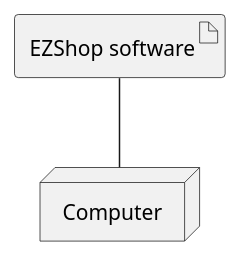
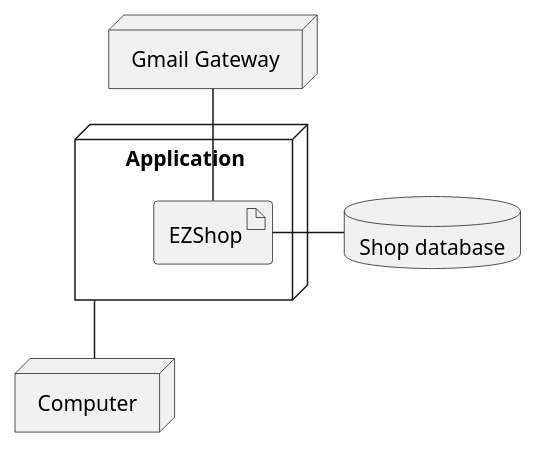
Before and after one commit to giuseppesalvi/ezshop: the eighth of 8 diagrams in Deliverables/RequirementsDocument.md, drawn with PlantUML. The commit also changed other lines of this file, not shown here.

Commit message:
Update RequirementsDocument.md with Deployment Diagram

````diff
--- a/Deliverables/RequirementsDocument.md
+++ b/Deliverables/RequirementsDocument.md
@@ -482,5 +482,13 @@
 ```plantuml
-artifact "EZShop software" as s
+node Application {
+    artifact EZShop
+}
+
 node "Computer" as c
-s -- c
+node "Gmail Gateway" as gw
+database "Shop database" as db
+
+Application -down- c
+EZShop -right- db
+EZShop -up- gw
 ```
````
